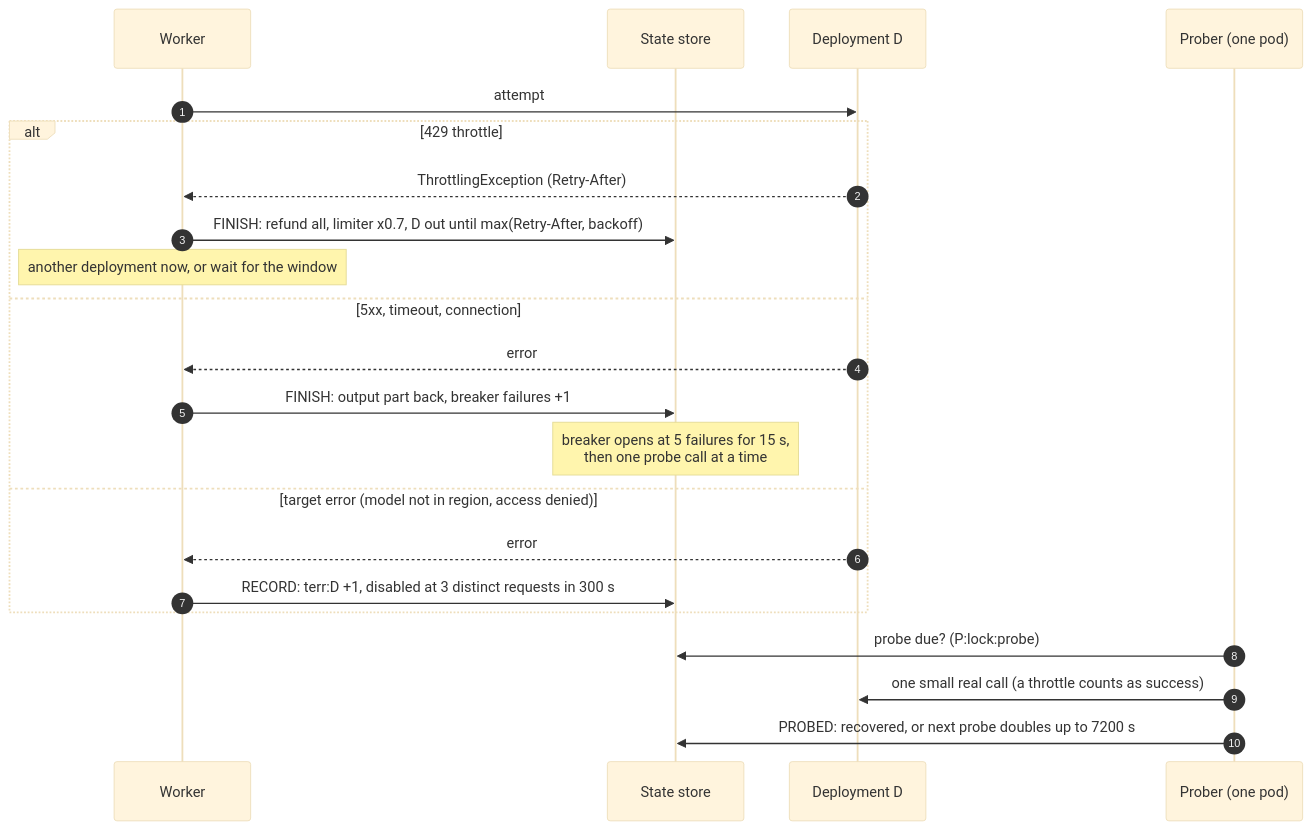
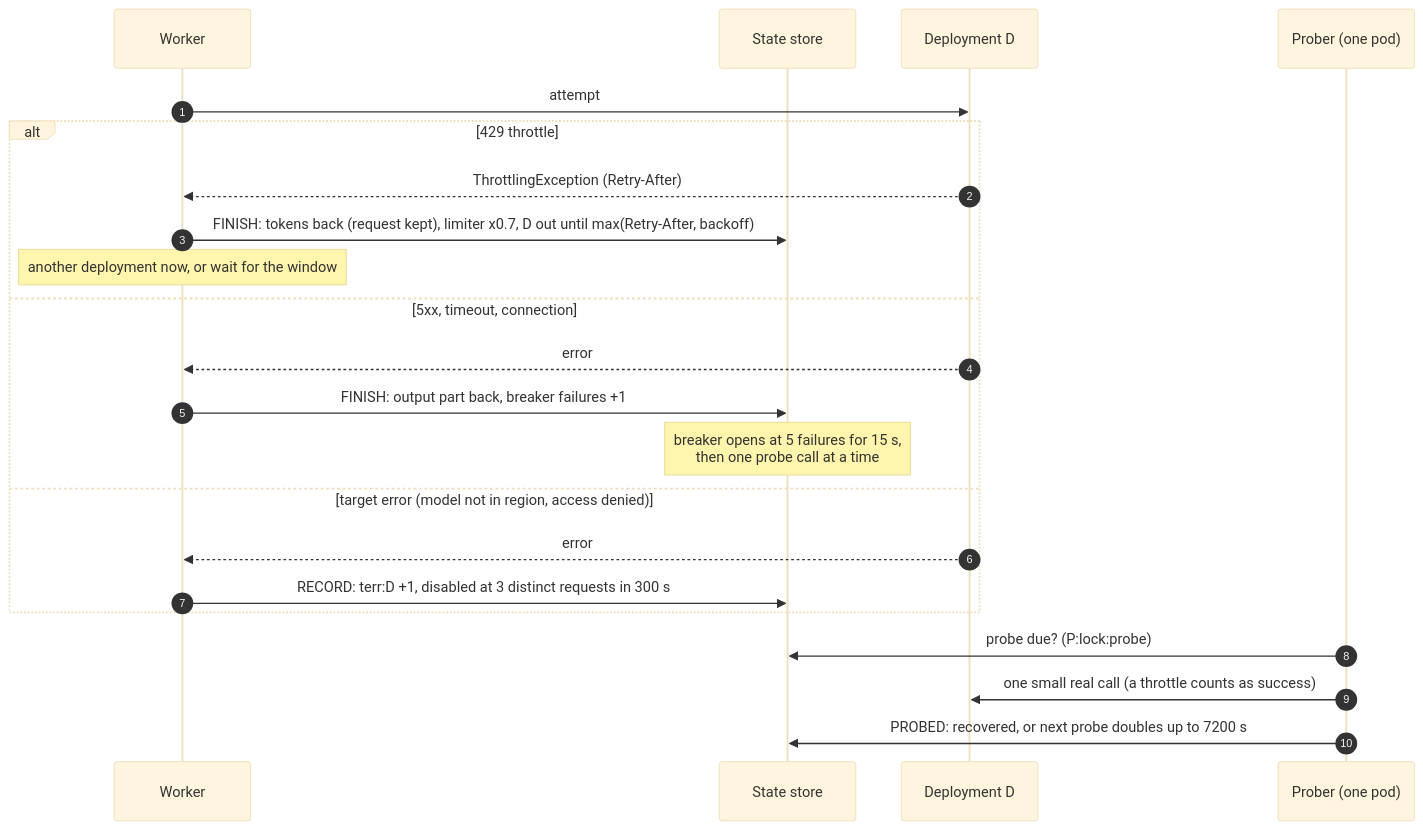
Diagram 14 of 17 in docs/explanation/call-lifecycle.md (techiewonk/llm-queue), drawn with Mermaid (base theme) before and after one commit. The commit also changed other lines of this file and 12 other files, not shown here.

````diff
--- a/docs/explanation/call-lifecycle.md
+++ b/docs/explanation/call-lifecycle.md
@@ -548,24 +548,24 @@
 ```mermaid
 sequenceDiagram
   autonumber
   participant W as Worker
   participant S as State store
   participant P as Deployment D
   participant PR as Prober (one pod)
   W->>P: attempt
   alt 429 throttle
     P-->>W: ThrottlingException (Retry-After)
-    W->>S: FINISH: refund all, limiter x0.7, D out until max(Retry-After, backoff)
+    W->>S: FINISH: tokens back (request kept), limiter x0.7, D out until max(Retry-After, backoff)
     Note over W: another deployment now, or wait for the window
   else 5xx, timeout, connection
     P-->>W: error
     W->>S: FINISH: output part back, breaker failures +1
     Note over S: breaker opens at 5 failures for 15 s,<br/>then one probe call at a time
   else target error (model not in region, access denied)
     P-->>W: error
     W->>S: RECORD: terr:D +1, disabled at 3 distinct requests in 300 s
   end
   PR->>S: probe due? (P:lock:probe)
   PR->>P: one small real call (a throttle counts as success)
   PR->>S: PROBED: recovered, or next probe doubles up to 7200 s
 ```
````
